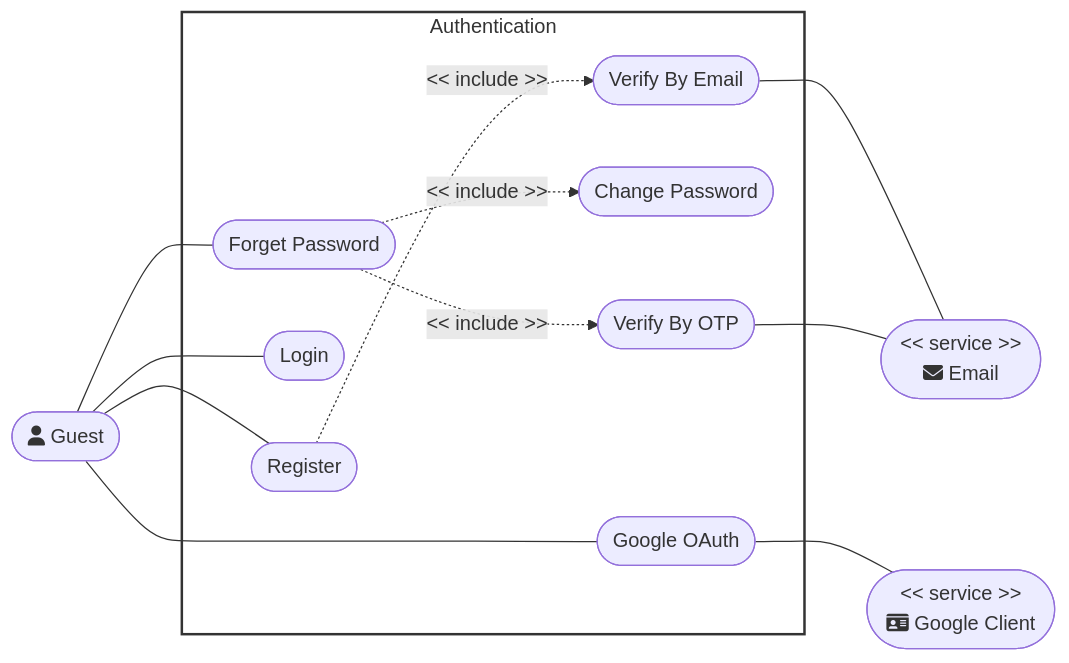
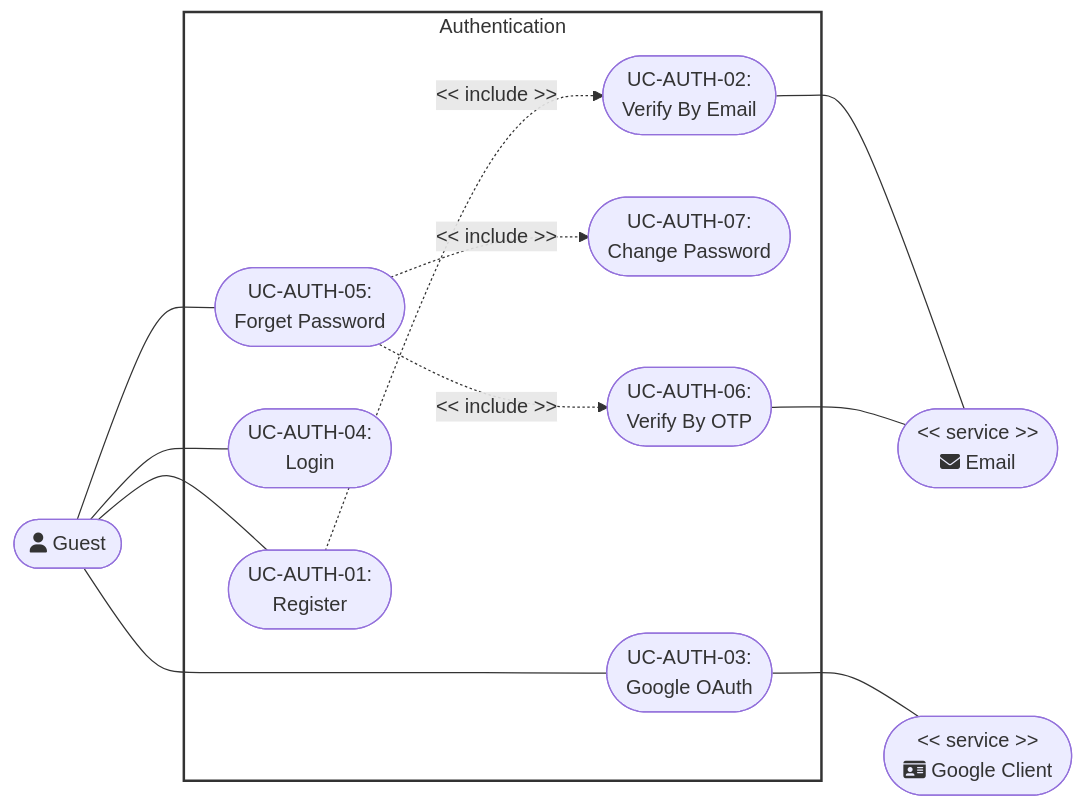
One commit to DuyNhat1705/AmeThyst-Library changed the second of 9 diagrams in docs/management/PA3/Use-CaseDiagram.md. Above: the diagram before and after it, drawn with Mermaid. The commit also changed other lines of this file and 67 other files, not shown here.

Commit message:
update the Usecase specification and diagram

````diff
--- a/docs/management/PA3/Use-CaseDiagram.md
+++ b/docs/management/PA3/Use-CaseDiagram.md
@@ -59,47 +57,47 @@
 ```mermaid
 flowchart LR
     %% Left Actor
     ActorGuest([fa:fa-user Guest])
         %% Central System Boundary Subgraph
     subgraph Authentication [Authentication]
-        UC_Reg([Register])
-        UC_OAuth([Google OAuth])
-        UC_Login([Login])
-        UC_Forget([Forget Password])
-        UC_Change([Change Password])
-        UC_VerifyEmail([Verify By Email])
-        UC_VerifyOTP([Verify By OTP])
+        UC_Reg([UC-AUTH-01:<br>Register])
+        UC_OAuth([UC-AUTH-03:<br>Google OAuth])
+        UC_Login([UC-AUTH-04:<br>Login])
+        UC_Forget([UC-AUTH-05:<br>Forget Password])
+        UC_Change([UC-AUTH-07:<br>Change Password])
+        UC_VerifyEmail([UC-AUTH-02:<br>Verify By Email])
+        UC_VerifyOTP([UC-AUTH-06:<br>Verify By OTP])
     end
 
     %% Right Actors
     ActorEmail(["<center><< service >><br>fa:fa-envelope Email</center>"])
     ActorGoogle(["<center><< service >><br>fa:fa-id-card Google Client</center>"])
 
     %% -------------------------------------------------------------
     %% Structural Layout Anchors (Invisible lines to center-align the subgraph)
     %% -------------------------------------------------------------
     ActorGuest ~~~ Authentication ~~~ ActorEmail
     ActorGuest ~~~ Authentication ~~~~ ActorGoogle
 
     %% -------------------------------------------------------------
     %% Actual Connections (Matching your image exactly)
     %% -------------------------------------------------------------
     %% Left Actor Associations
     ActorGuest --- UC_Reg
     ActorGuest --- UC_OAuth
     ActorGuest --- UC_Login
     ActorGuest --- UC_Forget
 
     %% Subgraph Internal Include Relationships
     UC_Reg -. "<< include >>" .-> UC_VerifyEmail
     UC_Forget -. "<< include >>" .-> UC_VerifyOTP
     UC_Forget -. "<< include >>" .-> UC_Change
 
     %% Right Actor Associations
     UC_VerifyEmail --- ActorEmail
     UC_OAuth --- ActorGoogle
     UC_VerifyOTP --- ActorEmail
 
     %% Styling
     style Authentication fill:#fff,stroke:#333,stroke-width:2px
 ```
````
